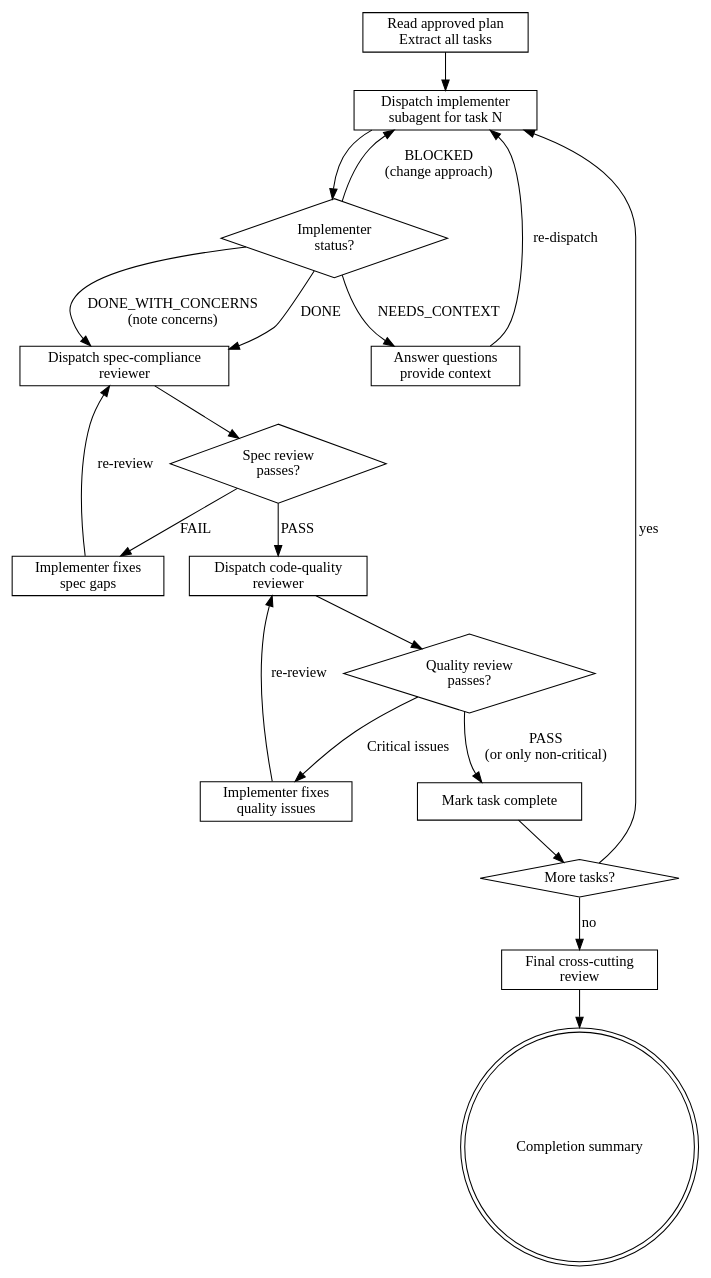
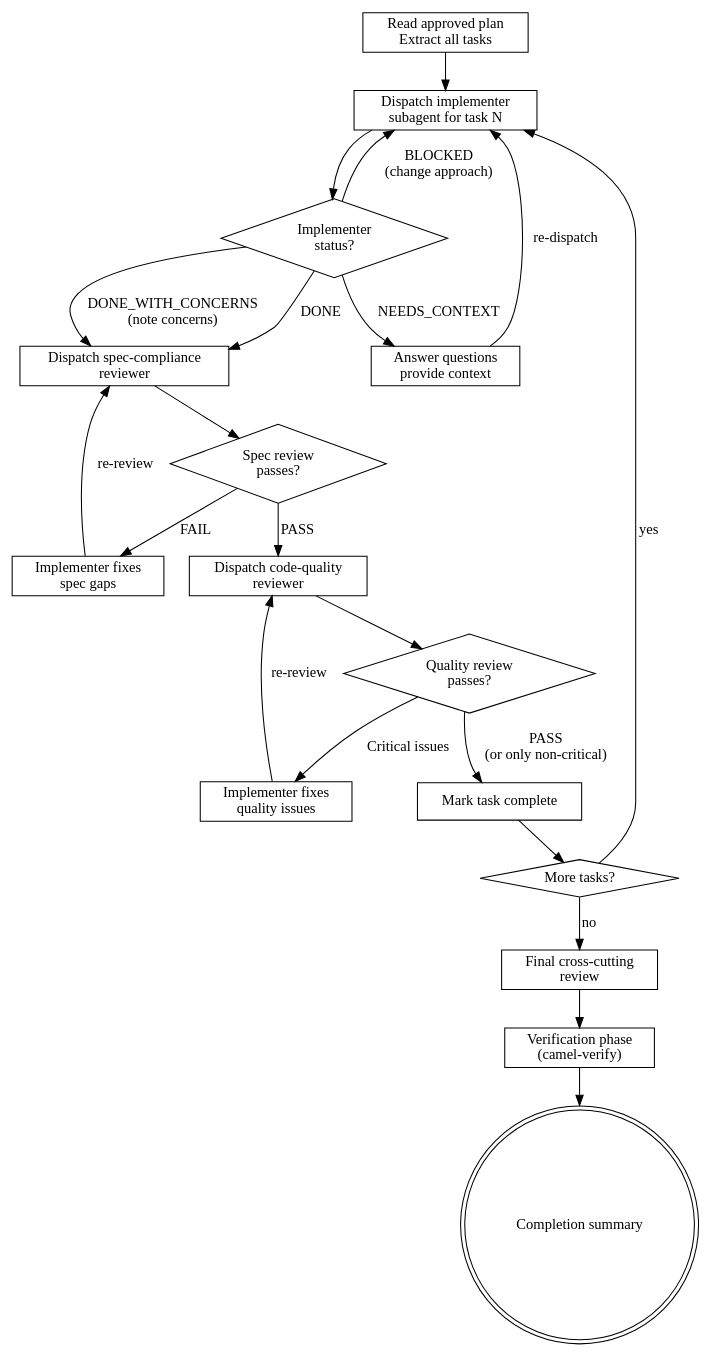
One commit to luigidemasi/camel-kit changed the diagram in camel-kit-core/src/main/resources/skills/camel-execute/SKILL.md. Above: the diagram before and after it, drawn with Graphviz. The commit also changed other lines of this file, not shown here.

Commit message:
Integrate camel-verify into camel-execute as Step 3.5

````diff
--- a/camel-kit-core/src/main/resources/skills/camel-execute/SKILL.md
+++ b/camel-kit-core/src/main/resources/skills/camel-execute/SKILL.md
@@ -25,46 +25,48 @@
 ```dot
 digraph execute {
     rankdir=TB;
     
     start [label="Read approved plan\nExtract all tasks", shape=box];
     dispatch [label="Dispatch implementer\nsubagent for task N", shape=box];
     impl_status [label="Implementer\nstatus?", shape=diamond];
     answer_q [label="Answer questions\nprovide context", shape=box];
     
     spec_review [label="Dispatch spec-compliance\nreviewer", shape=box];
     spec_pass [label="Spec review\npasses?", shape=diamond];
     spec_fix [label="Implementer fixes\nspec gaps", shape=box];
     
     quality_review [label="Dispatch code-quality\nreviewer", shape=box];
     quality_pass [label="Quality review\npasses?", shape=diamond];
     quality_fix [label="Implementer fixes\nquality issues", shape=box];
     
     mark_done [label="Mark task complete", shape=box];
     more [label="More tasks?", shape=diamond];
     final [label="Final cross-cutting\nreview", shape=box];
+    verify [label="Verification phase\n(camel-verify)", shape=box];
     done [label="Completion summary", shape=doublecircle];
     
     start -> dispatch;
     dispatch -> impl_status;
     impl_status -> answer_q [label="NEEDS_CONTEXT"];
     answer_q -> dispatch [label="re-dispatch"];
     impl_status -> spec_review [label="DONE"];
     impl_status -> spec_review [label="DONE_WITH_CONCERNS\n(note concerns)"];
     impl_status -> dispatch [label="BLOCKED\n(change approach)"];
     
     spec_review -> spec_pass;
     spec_pass -> spec_fix [label="FAIL"];
     spec_fix -> spec_review [label="re-review"];
     spec_pass -> quality_review [label="PASS"];
     
     quality_review -> quality_pass;
     quality_pass -> quality_fix [label="Critical issues"];
     quality_fix -> quality_review [label="re-review"];
     quality_pass -> mark_done [label="PASS\n(or only non-critical)"];
     
     mark_done -> more;
     more -> dispatch [label="yes"];
     more -> final [label="no"];
-    final -> done;
+    final -> verify;
+    verify -> done;
 }
 ```
````
